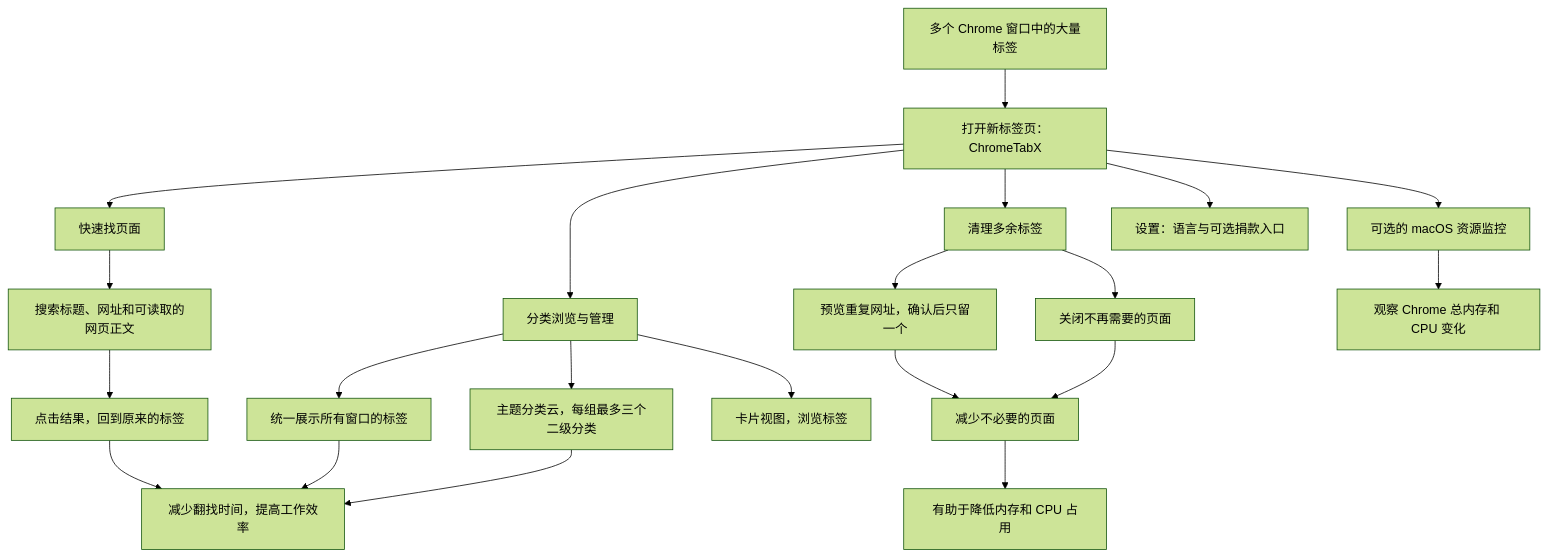
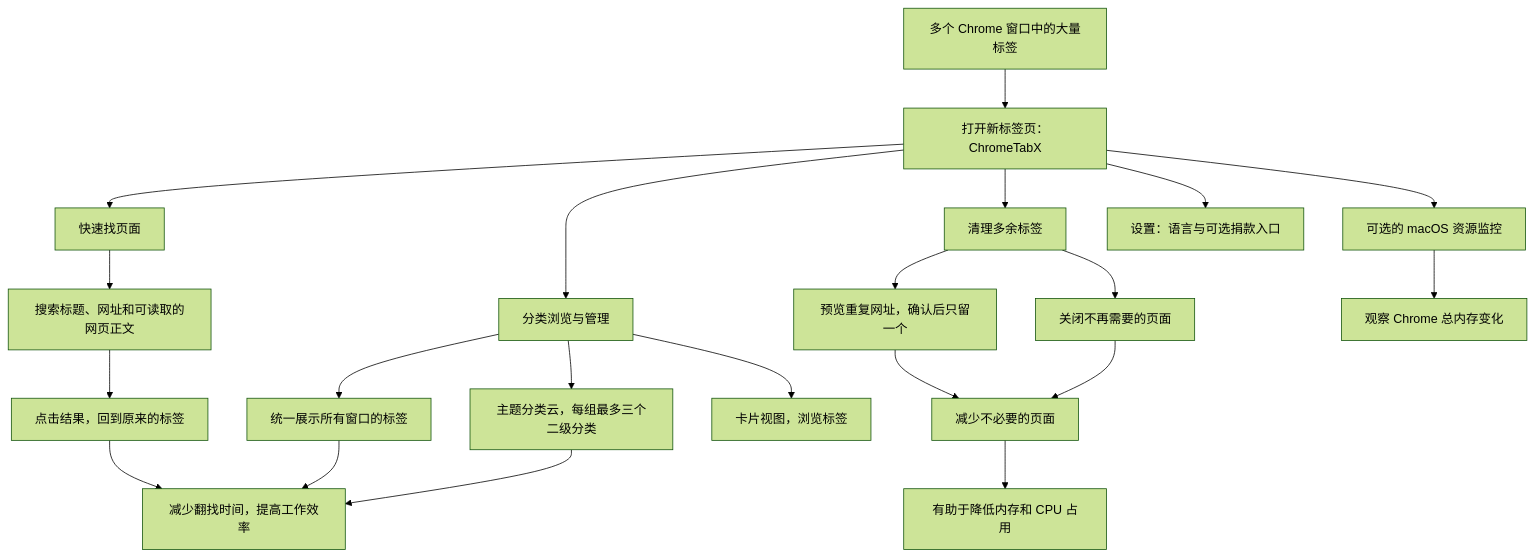
Before and after one commit to anzai3/ChromeTabX: the diagram in README.zh-CN.md, drawn with Mermaid (forest theme). The commit also changed other lines of this file and 12 other files, not shown here.

````diff
--- a/README.zh-CN.md
+++ b/README.zh-CN.md
@@ -21,23 +21,23 @@
 ```mermaid
 flowchart TD
     A[多个 Chrome 窗口中的大量标签] --> B[打开新标签页：ChromeTabX]
     B --> C[快速找页面]
     B --> D[分类浏览与管理]
     B --> E[清理多余标签]
     C --> C1[搜索标题、网址和可读取的网页正文]
     C1 --> C2[点击结果，回到原来的标签]
     D --> D1[统一展示所有窗口的标签]
     D --> D2[主题分类云，每组最多三个二级分类]
     D --> D3[卡片视图，浏览标签]
     E --> E1[预览重复网址，确认后只留一个]
     E --> E2[关闭不再需要的页面]
     C2 --> F[减少翻找时间，提高工作效率]
     D1 --> F
     D2 --> F
     E1 --> G[减少不必要的页面]
     E2 --> G
     G --> H[有助于降低内存和 CPU 占用]
     B --> I[可选的 macOS 资源监控]
-    I --> J[观察 Chrome 总内存和 CPU 变化]
+    I --> J[观察 Chrome 总内存变化]
     B --> K[设置：语言与可选捐款入口]
 ```
````
